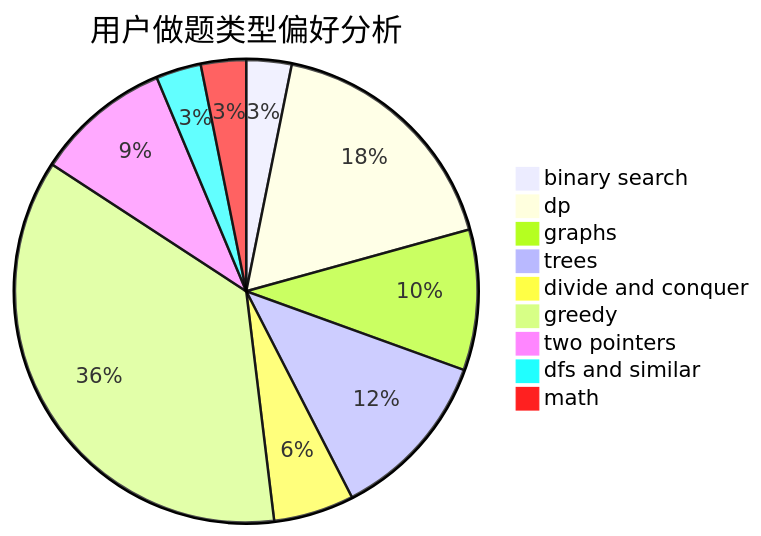
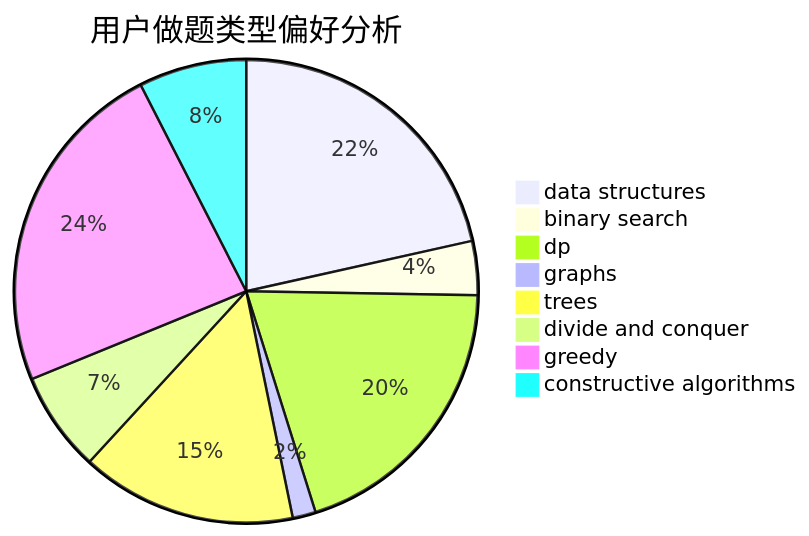
One commit to sherpahu/cfrs.github.io changed the second of 3 diagrams in docs/user/u1102.md. Above: the diagram before and after it, drawn with Mermaid. The commit also changed other lines of this file and 2775 other files, not shown here.

````diff
--- a/docs/user/u1102.md
+++ b/docs/user/u1102.md
@@ -23,12 +23,11 @@
 ```mermaid
 pie title 用户做题类型偏好分析
-    "binary search" :  9
-    "dp" :  50
-    "graphs" :  28
-    "trees" :  34
-    "divide and conquer" :  16
-    "greedy" :  103
-    "two pointers" :  27
-    "dfs and similar" :  9
-    "math" :  9
+    "data structures" :  40
+    "binary search" :  7
+    "dp" :  37
+    "graphs" :  3
+    "trees" :  28
+    "divide and conquer" :  13
+    "greedy" :  44
+    "constructive algorithms" :  14
 ```
````
